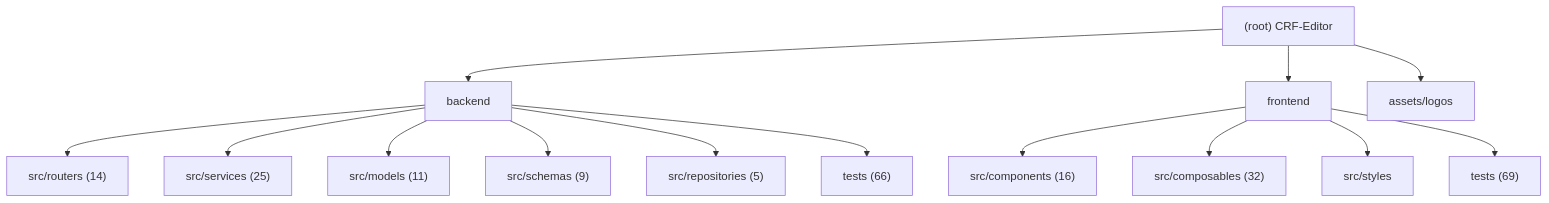
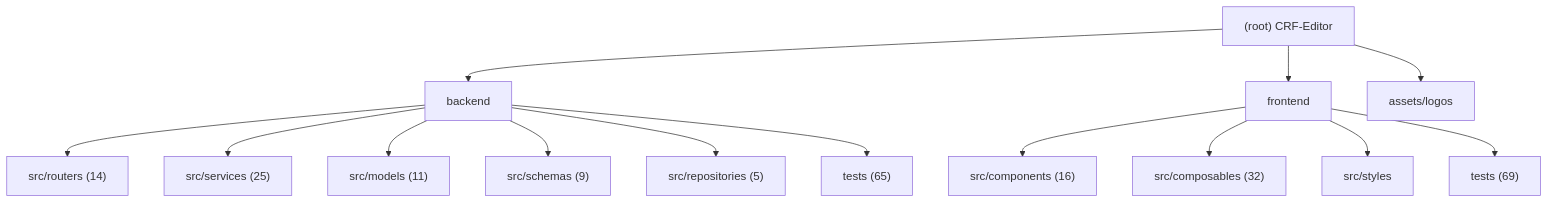
One commit to decade6666/CRF-Editor changed the diagram in .claude/CLAUDE.md. Above: the diagram before and after it, drawn with Mermaid. The commit also changed other lines of this file and 7 other files, not shown here.

````diff
--- a/.claude/CLAUDE.md
+++ b/.claude/CLAUDE.md
@@ -15,19 +15,19 @@
 ```mermaid
 graph TD
     A["(root) CRF-Editor"] --> B["backend"];
     B --> B1["src/routers (14)"];
     B --> B2["src/services (25)"];
     B --> B3["src/models (11)"];
     B --> B4["src/schemas (9)"];
     B --> B5["src/repositories (5)"];
-    B --> B6["tests (66)"];
+    B --> B6["tests (65)"];
     A --> C["frontend"];
     C --> C1["src/components (16)"];
     C --> C2["src/composables (32)"];
     C --> C3["src/styles"];
     C --> C4["tests (69)"];
     A --> D["assets/logos"];
 
     click B "./backend/.claude/CLAUDE.md" "View backend module docs"
     click C "./frontend/.claude/CLAUDE.md" "View frontend module docs"
 ```
````
